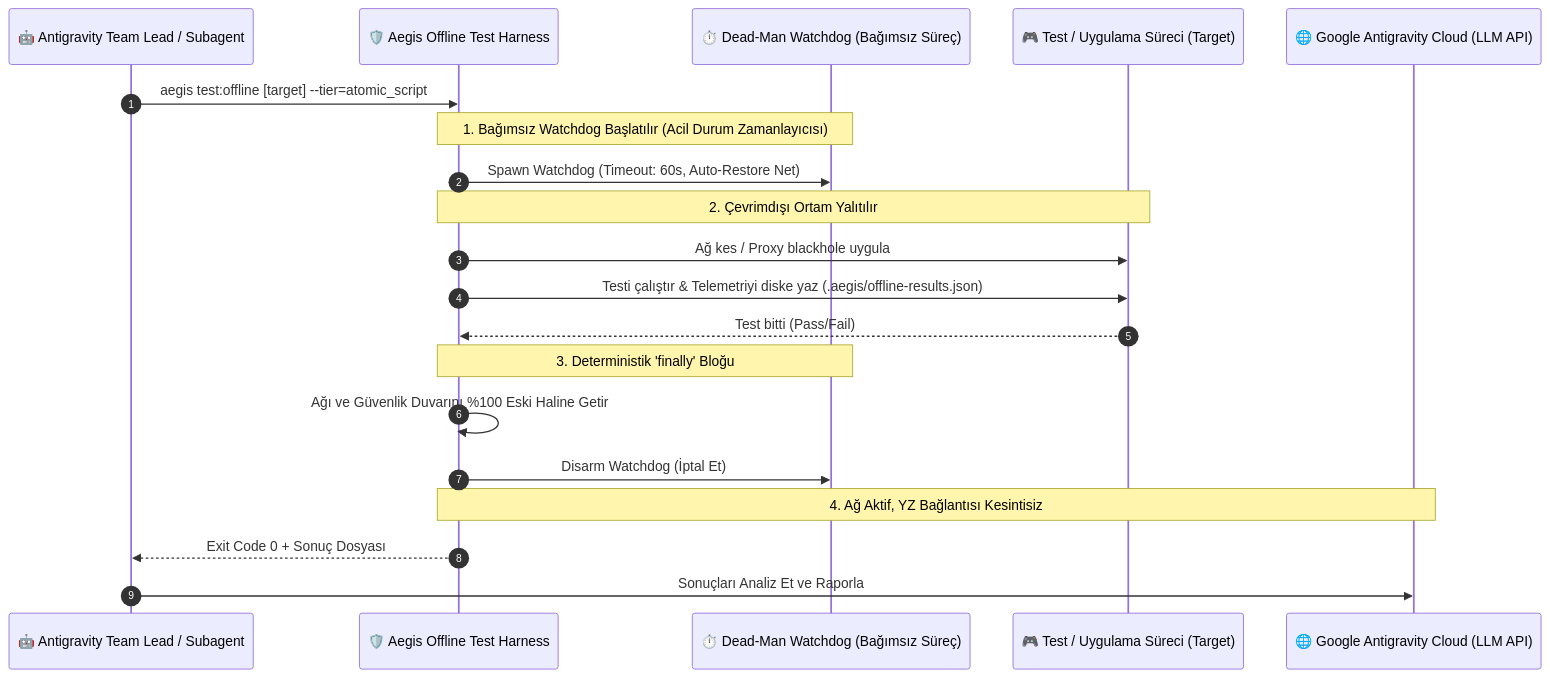
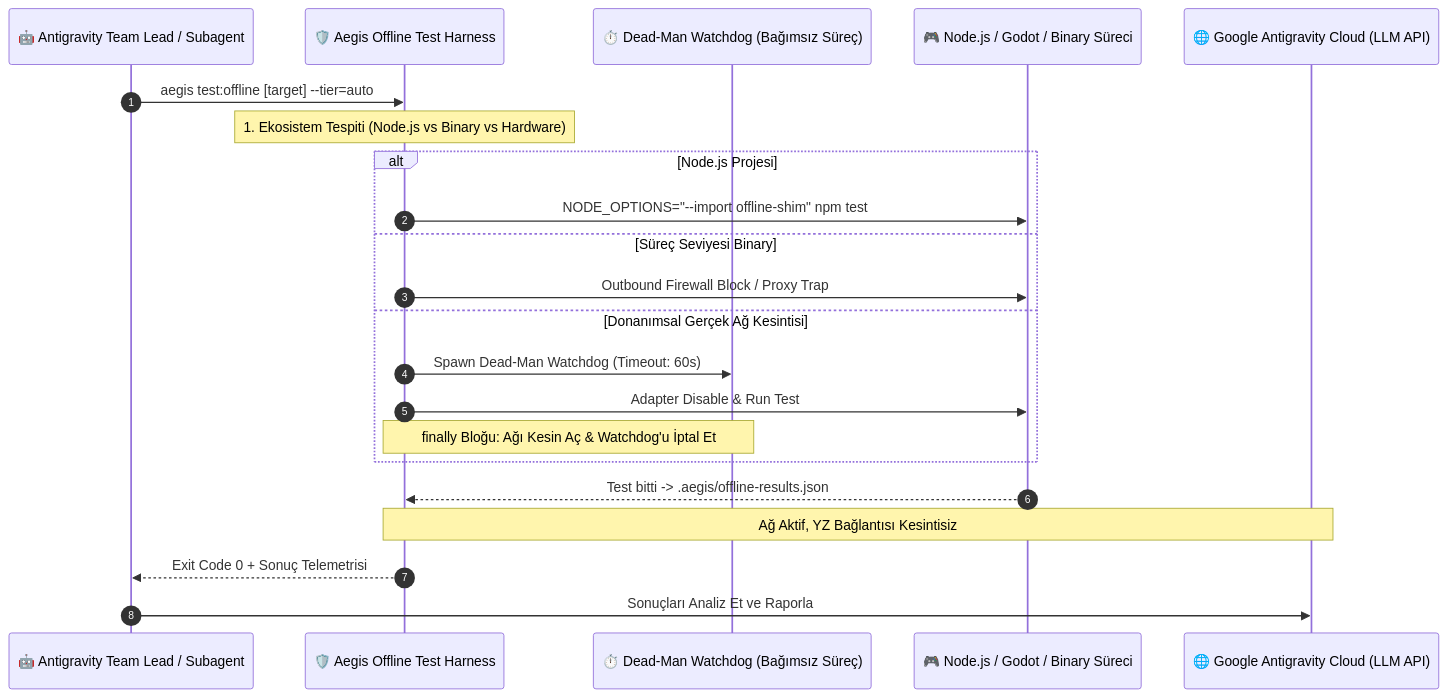
One commit to frkntlr/aegis changed the second of 2 diagrams in docs/rfc/RFC-050-autonomous-fail-safe-offline-test-shield-and-self-restoring-network-harness.md. Above: the diagram before and after it, drawn with Mermaid. The commit also changed other lines of this file, not shown here.

Commit message:
docs(rfc): add Node.js offline isolation architecture and zero-code shim specification to RFC-050 (#530)

````diff
--- a/docs/rfc/RFC-050-autonomous-fail-safe-offline-test-shield-and-self-restoring-network-harness.md
+++ b/docs/rfc/RFC-050-autonomous-fail-safe-offline-test-shield-and-self-restoring-network-harness.md
@@ -47,26 +89,26 @@
 ```mermaid
 sequenceDiagram
     autonumber
     participant AI as 🤖 Antigravity Team Lead / Subagent
     participant Aegis as 🛡️ Aegis Offline Test Harness
     participant WD as ⏱️ Dead-Man Watchdog (Bağımsız Süreç)
-    participant Target as 🎮 Test / Uygulama Süreci (Target)
+    participant Target as 🎮 Node.js / Godot / Binary Süreci
     participant Cloud as 🌐 Google Antigravity Cloud (LLM API)
 
-    AI->>Aegis: aegis test:offline [target] --tier=atomic_script
-    Note over Aegis,WD: 1. Bağımsız Watchdog Başlatılır (Acil Durum Zamanlayıcısı)
-    Aegis->>WD: Spawn Watchdog (Timeout: 60s, Auto-Restore Net)
+    AI->>Aegis: aegis test:offline [target] --tier=auto
+    Note over Aegis: 1. Ekosistem Tespiti (Node.js vs Binary vs Hardware)
+    alt Node.js Projesi
+        Aegis->>Target: NODE_OPTIONS="--import offline-shim" npm test
+    else Süreç Seviyesi Binary
+        Aegis->>Target: Outbound Firewall Block / Proxy Trap
+    else Donanımsal Gerçek Ağ Kesintisi
+        Aegis->>WD: Spawn Dead-Man Watchdog (Timeout: 60s)
+        Aegis->>Target: Adapter Disable & Run Test
+        Note over Aegis,WD: finally Bloğu: Ağı Kesin Aç & Watchdog'u İptal Et
+    end
     
-    Note over Aegis,Target: 2. Çevrimdışı Ortam Yalıtılır
-    Aegis->>Target: Ağ kes / Proxy blackhole uygula
-    Aegis->>Target: Testi çalıştır & Telemetriyi diske yaz (.aegis/offline-results.json)
-    Target-->>Aegis: Test bitti (Pass/Fail)
-    
-    Note over Aegis,WD: 3. Deterministik 'finally' Bloğu
-    Aegis->>Aegis: Ağı ve Güvenlik Duvarını %100 Eski Haline Getir
-    Aegis->>WD: Disarm Watchdog (İptal Et)
-    
-    Note over Aegis,Cloud: 4. Ağ Aktif, YZ Bağlantısı Kesintisiz
-    Aegis-->>AI: Exit Code 0 + Sonuç Dosyası
+    Target-->>Aegis: Test bitti -> .aegis/offline-results.json
+    Note over Aegis,Cloud: Ağ Aktif, YZ Bağlantısı Kesintisiz
+    Aegis-->>AI: Exit Code 0 + Sonuç Telemetrisi
     AI->>Cloud: Sonuçları Analiz Et ve Raporla
 ```
````
